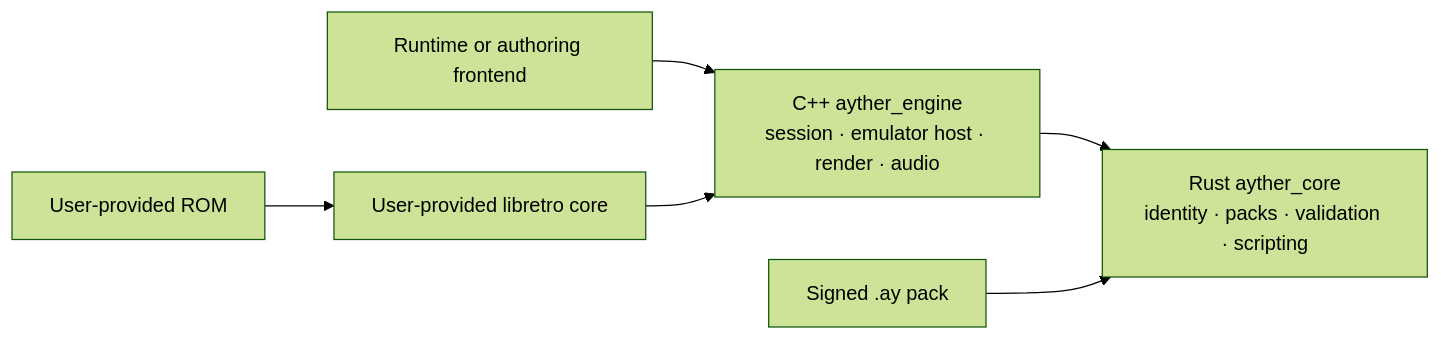
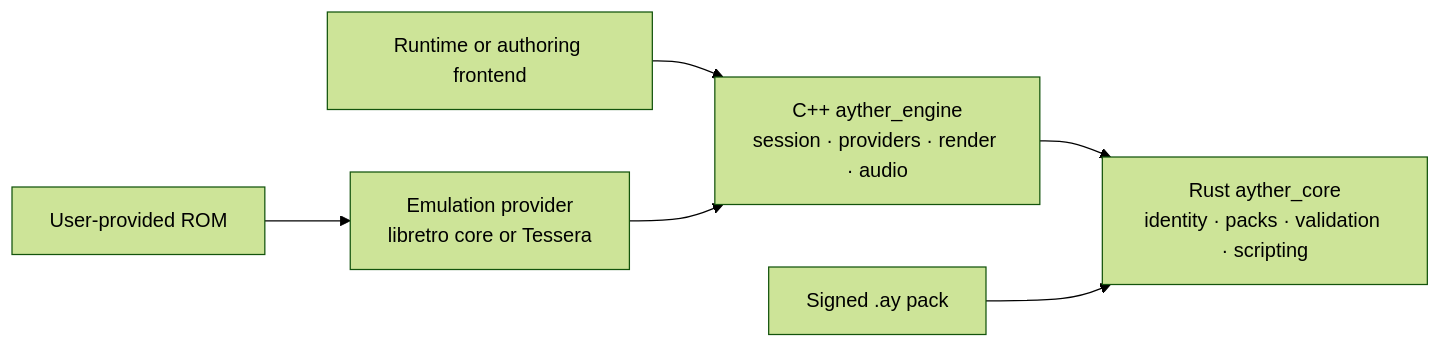
One commit to Ayther-Dev/AYTHER-Engine changed the diagram in README.md. Above: the diagram before and after it, drawn with Mermaid (forest theme). The commit also changed other lines of this file and 53 other files, not shown here.

First line of the commit message:
docs: refresh the Engine documentation for rc.29 and the Tessera provider (#63)

````diff
--- a/README.md
+++ b/README.md
@@ -41,8 +30,8 @@
 ```mermaid
 flowchart LR
-    Consumer[Runtime or authoring frontend] --> Engine["C++ ayther_engine<br/>session · emulator host · render · audio"]
+    Consumer[Runtime or authoring frontend] --> Engine["C++ ayther_engine<br/>session · providers · render · audio"]
     Engine --> Core["Rust ayther_core<br/>identity · packs · validation · scripting"]
     Pack[Signed .ay pack] --> Core
-    Rom[User-provided ROM] --> Emulator[User-provided libretro core]
-    Emulator --> Engine
+    Rom[User-provided ROM] --> Provider
+    Provider["Emulation provider<br/>libretro core or Tessera"] --> Engine
 ```
````
